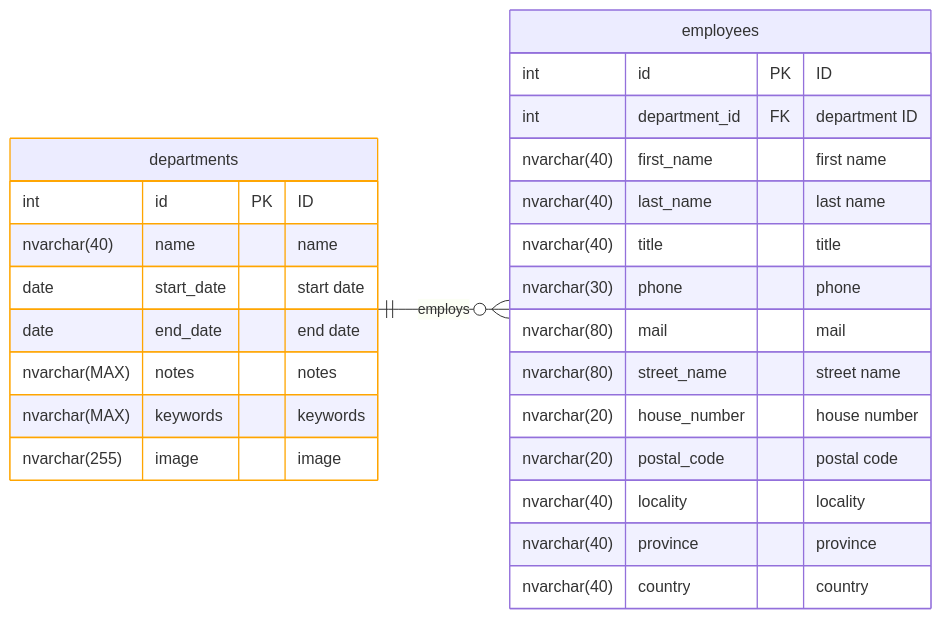
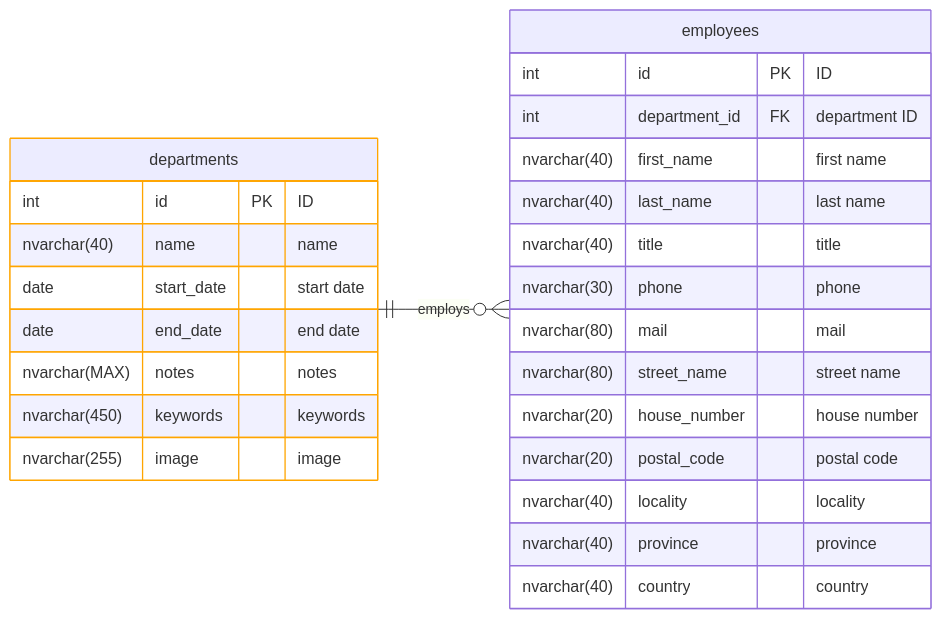
One commit to k1729p/Study28 changed the diagram in docs/mermaid/entityRelationshipSQL-Server.md. Above: the diagram before and after it, drawn with Mermaid. The commit also changed 11 other files, not shown here.

````diff
--- a/docs/mermaid/entityRelationshipSQL-Server.md
+++ b/docs/mermaid/entityRelationshipSQL-Server.md
@@ -3,33 +3,33 @@
 ```mermaid
 erDiagram
 direction LR
 %% Entities
   DEP[departments] {
     int id PK "ID"
     nvarchar(40) name "name"
     date start_date "start date"
     date end_date "end date"
     nvarchar(MAX) notes "notes"
-    nvarchar(MAX) keywords "keywords"
+    nvarchar(450) keywords "keywords"
     nvarchar(255) image "image"
   }
   EMP[employees] {
     int id PK "ID"
     int department_id FK "department ID"
     nvarchar(40) first_name "first name"
     nvarchar(40) last_name "last name"
     nvarchar(40) title "title"
     nvarchar(30) phone "phone"
     nvarchar(80) mail "mail"
     nvarchar(80) street_name "street name"
     nvarchar(20) house_number "house number"
     nvarchar(20) postal_code "postal code"
     nvarchar(40) locality "locality"
     nvarchar(40) province "province"
     nvarchar(40) country "country"
   }
 %% Relationships 
   DEP ||--o{ EMP: employs
 %%  Styles
   style DEP stroke:orange
 ```
````
